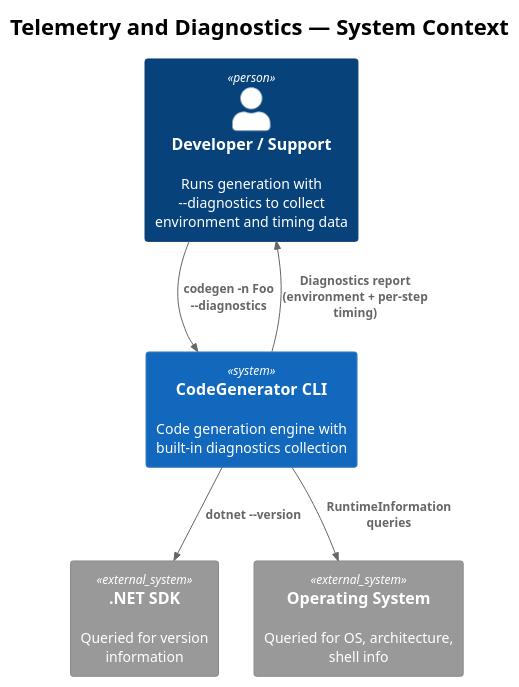
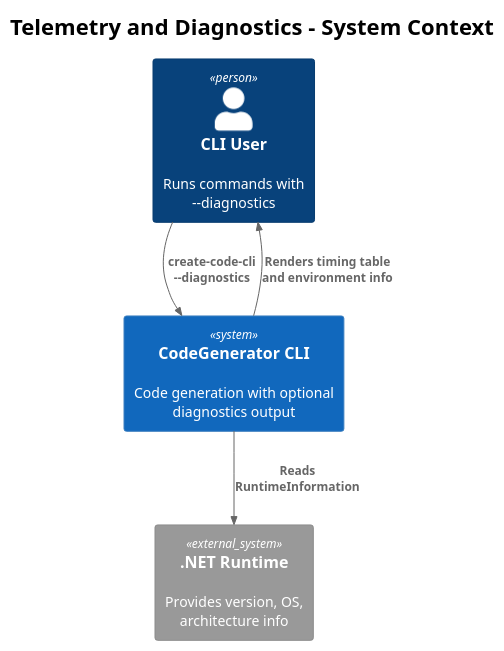
Before and after one commit to QuinntyneBrown/CodeGenerator: the diagram in docs/detailed-designs/49-telemetry-and-diagnostics/diagrams/c4_context.puml, drawn with PlantUML. The commit also changed 155 other files, not shown here.

```diff
--- a/docs/detailed-designs/49-telemetry-and-diagnostics/diagrams/c4_context.puml
+++ b/docs/detailed-designs/49-telemetry-and-diagnostics/diagrams/c4_context.puml
@@ -1,19 +1,16 @@
 @startuml c4_context
 !theme plain
 !include <C4/C4_Context>
 
-title Telemetry and Diagnostics — System Context
+title Telemetry and Diagnostics - System Context
 
-Person(dev, "Developer / Support", "Runs generation with --diagnostics to collect environment and timing data")
+Person(user, "CLI User", "Runs commands with --diagnostics")
 
-System(codegen, "CodeGenerator CLI", "Code generation engine with built-in diagnostics collection")
+System(cli, "CodeGenerator CLI", "Code generation with optional diagnostics output")
+System_Ext(runtime, ".NET Runtime", "Provides version, OS, architecture info")
 
-System_Ext(sdk, ".NET SDK", "Queried for version information")
-System_Ext(os, "Operating System", "Queried for OS, architecture, shell info")
-
-Rel(dev, codegen, "codegen -n Foo --diagnostics")
-Rel(codegen, sdk, "dotnet --version")
-Rel(codegen, os, "RuntimeInformation queries")
-Rel(codegen, dev, "Diagnostics report\n(environment + per-step timing)")
+Rel(user, cli, "create-code-cli --diagnostics")
+Rel(cli, runtime, "Reads RuntimeInformation")
+Rel(cli, user, "Renders timing table\nand environment info")
 
 @enduml
```
